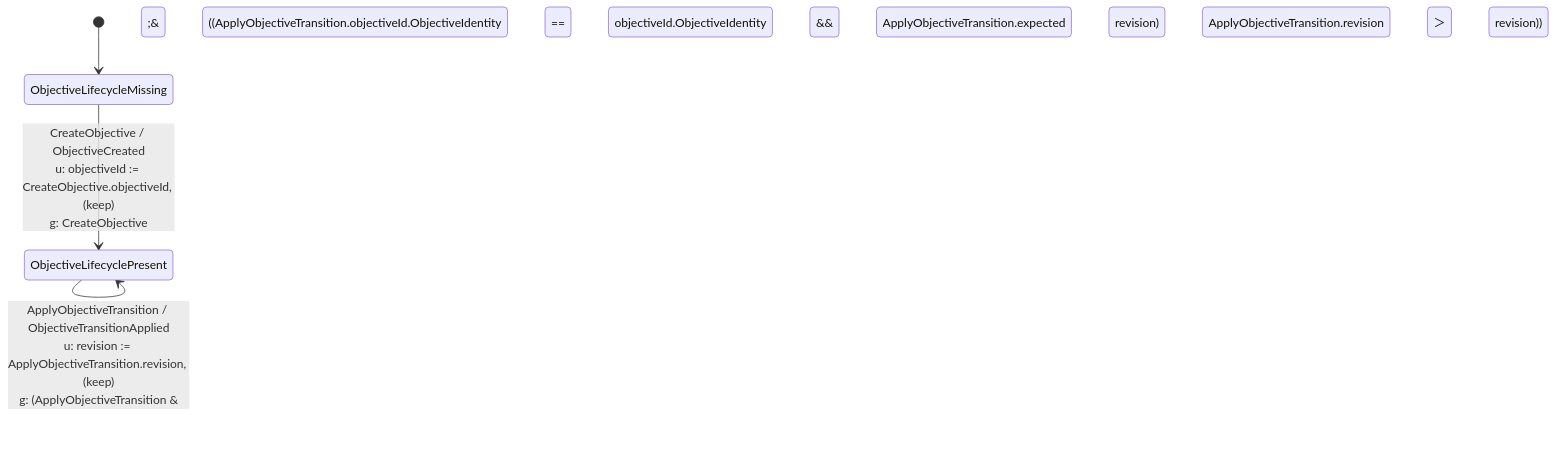
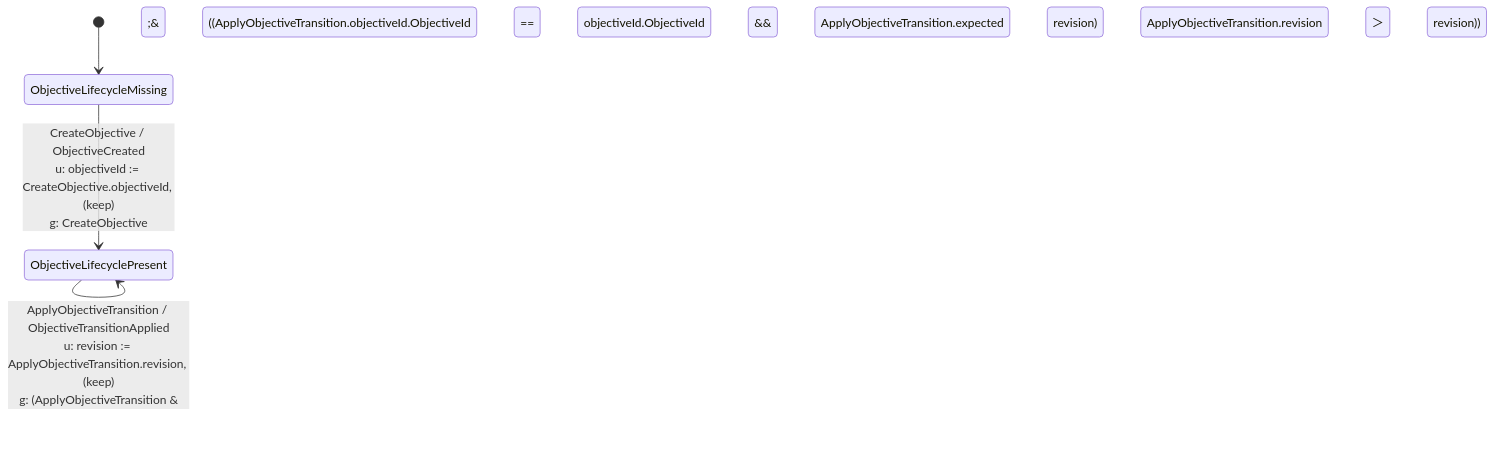
The third of 5 diagrams in docs/architecture/domain-atlas.md (shinzui/shikigami), drawn with Mermaid before and after one commit. The commit also changed 28 other files, not shown here.

````diff
--- a/docs/architecture/domain-atlas.md
+++ b/docs/architecture/domain-atlas.md
@@ -103,6 +103,6 @@
 ```mermaid
 stateDiagram-v2
     [*] --> ObjectiveLifecycleMissing
     ObjectiveLifecycleMissing --> ObjectiveLifecyclePresent : CreateObjective / ObjectiveCreated<br/>u: objectiveId := CreateObjective.objectiveId, (keep)<br/>g: CreateObjective
-    ObjectiveLifecyclePresent --> ObjectiveLifecyclePresent : ApplyObjectiveTransition / ObjectiveTransitionApplied<br/>u: revision := ApplyObjectiveTransition.revision, (keep)<br/>g: (ApplyObjectiveTransition &amp;&amp; ((ApplyObjectiveTransition.objectiveId.ObjectiveIdentity == objectiveId.ObjectiveIdentity &amp;&amp; ApplyObjectiveTransition.expected == revision) &amp;&amp; ApplyObjectiveTransition.revision ＞ revision))
+    ObjectiveLifecyclePresent --> ObjectiveLifecyclePresent : ApplyObjectiveTransition / ObjectiveTransitionApplied<br/>u: revision := ApplyObjectiveTransition.revision, (keep)<br/>g: (ApplyObjectiveTransition &amp;&amp; ((ApplyObjectiveTransition.objectiveId.ObjectiveId == objectiveId.ObjectiveId &amp;&amp; ApplyObjectiveTransition.expected == revision) &amp;&amp; ApplyObjectiveTransition.revision ＞ revision))
 ```
````
